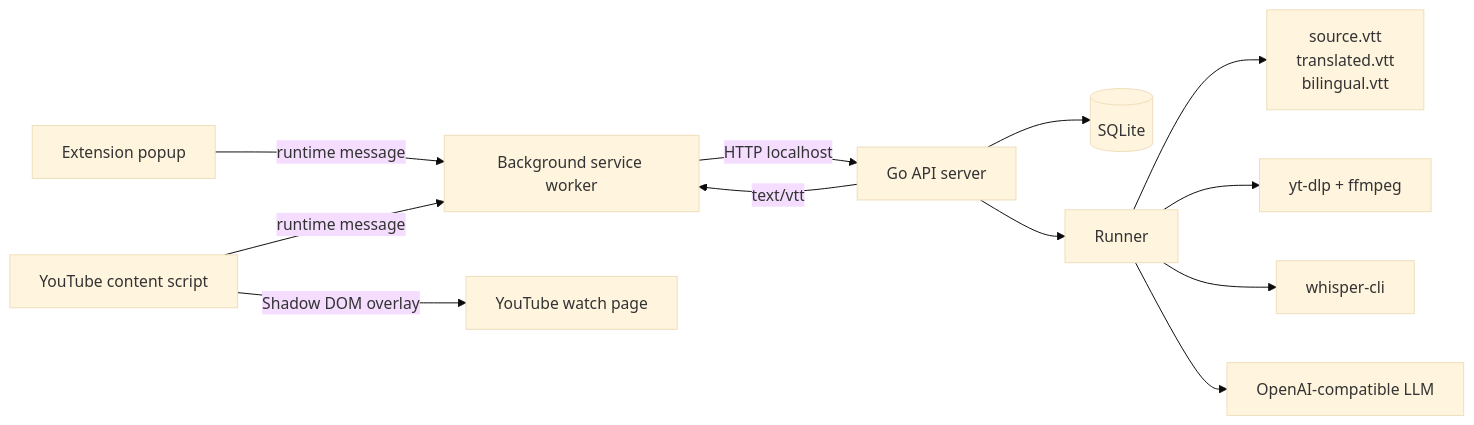
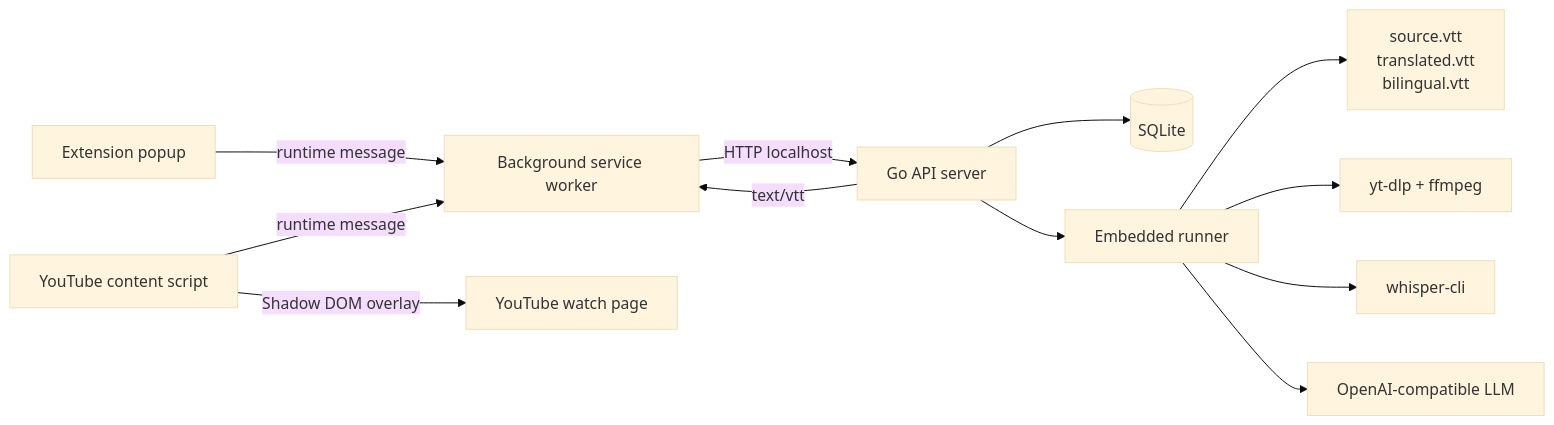
Before and after one commit to Insulinocytus/lets-sub-it: the diagram in README.md, drawn with Mermaid (base theme). The commit also changed other lines of this file, not shown here.

````diff
--- a/README.md
+++ b/README.md
@@ -162,15 +142,15 @@
 ```mermaid
 flowchart LR
   Popup["Extension popup"] -->|"runtime message"| Background["Background service worker"]
   Content["YouTube content script"] -->|"runtime message"| Background
   Background -->|"HTTP localhost"| API["Go API server"]
   API --> Store[("SQLite")]
-  API --> Runner["Runner"]
+  API --> Runner["Embedded runner"]
   Runner --> Files["source.vtt<br/>translated.vtt<br/>bilingual.vtt"]
   API -->|"text/vtt"| Background
   Content -->|"Shadow DOM overlay"| Watch["YouTube watch page"]
 
   Runner --> Download["yt-dlp + ffmpeg"]
   Runner --> Whisper["whisper-cli"]
   Runner --> LLM["OpenAI-compatible LLM"]
 ```
````
